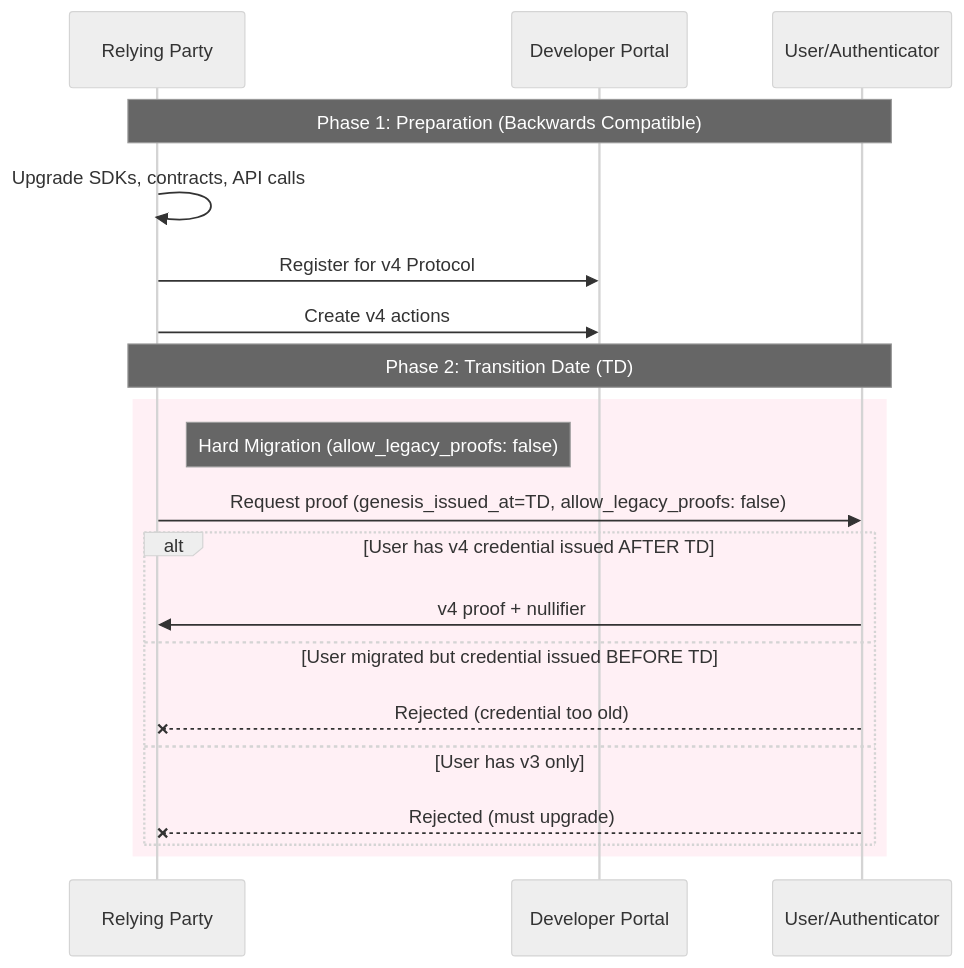
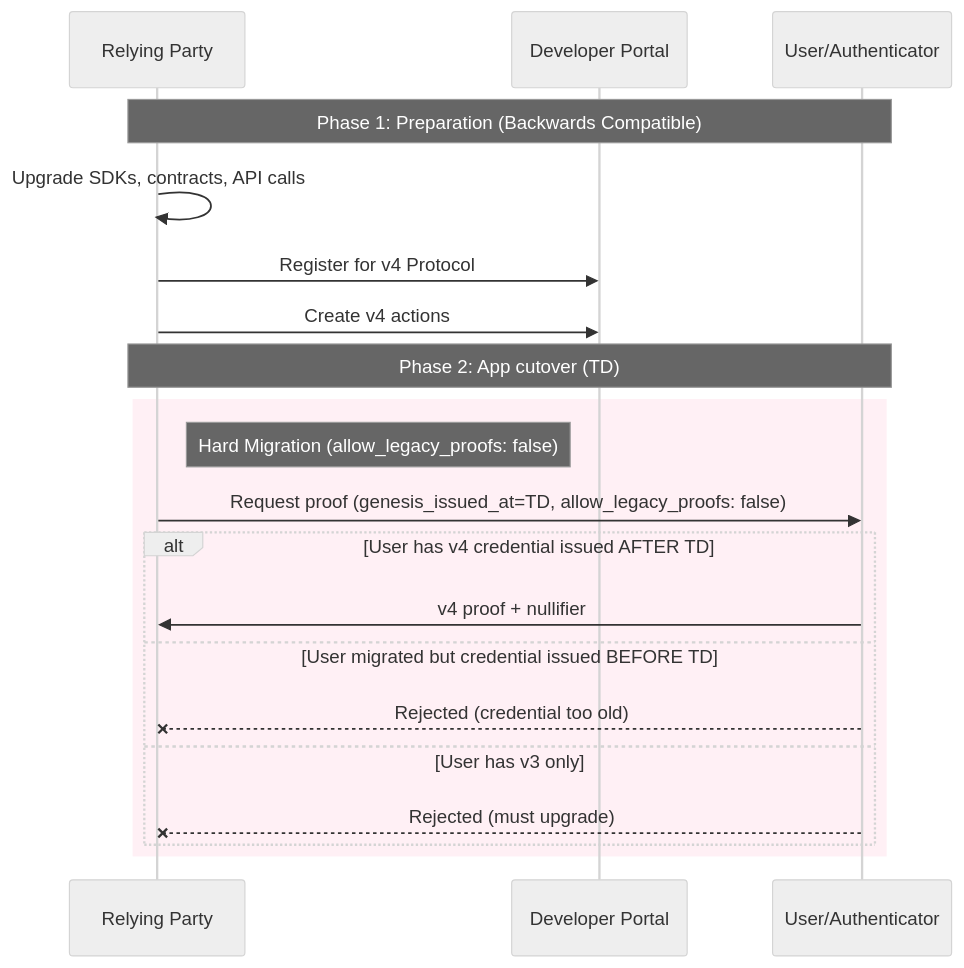
The second of 3 diagrams in world-id/4-0-migration.mdx (worldcoin/developer-docs), drawn with Mermaid (neutral theme) before and after one commit. The commit also changed other lines of this file and 3 other files, not shown here.

````diff
--- a/world-id/4-0-migration.mdx
+++ b/world-id/4-0-migration.mdx
@@ -184,24 +175,24 @@
 ```mermaid
 sequenceDiagram
     participant RP as Relying Party
     participant Portal as Developer Portal
     participant User as User/Authenticator
 
     Note over RP,User: Phase 1: Preparation (Backwards Compatible)
     RP->>RP: Upgrade SDKs, contracts, API calls
     RP->>Portal: Register for v4 Protocol
     RP->>Portal: Create v4 actions
 
-    Note over RP,User: Phase 2: Transition Date (TD)
+    Note over RP,User: Phase 2: App cutover (TD)
     rect rgb(255, 240, 245)
         Note right of RP: Hard Migration (allow_legacy_proofs: false)
         RP->>User: Request proof (genesis_issued_at=TD, allow_legacy_proofs: false)
         alt User has v4 credential issued AFTER TD
             User->>RP: v4 proof + nullifier
         else User migrated but credential issued BEFORE TD
             User--xRP: Rejected (credential too old)
         else User has v3 only
             User--xRP: Rejected (must upgrade)
         end
     end
 ```
````
